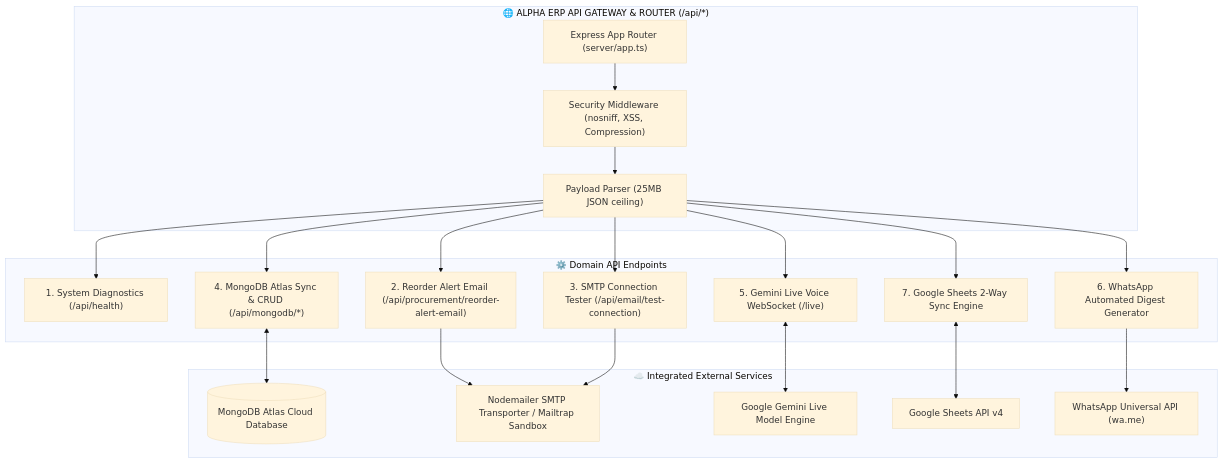
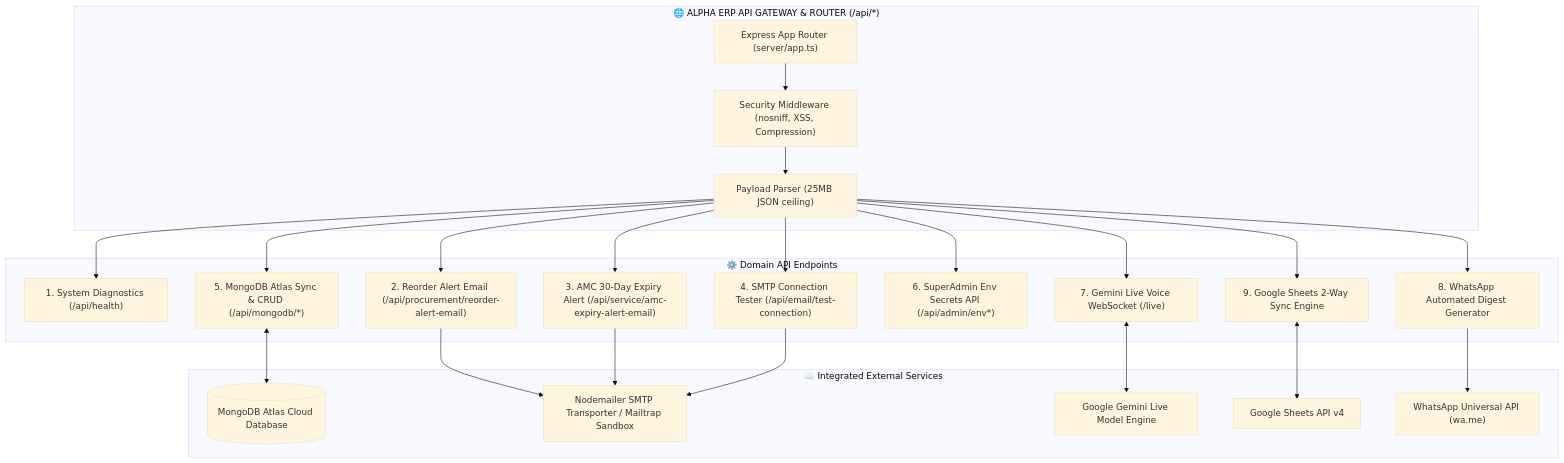
The diagram in API_INTEGRATION_GUIDE.md (shivenkg/AlphaERP-V1), drawn with Mermaid (base theme) before and after one commit. The commit also changed other lines of this file and 11 other files, not shown here.

````diff
--- a/API_INTEGRATION_GUIDE.md
+++ b/API_INTEGRATION_GUIDE.md
@@ -15,42 +15,47 @@
 ```mermaid
 flowchart TB
     subgraph API_Gateway["🌐 ALPHA ERP API GATEWAY & ROUTER (/api/*)"]
         Router["Express App Router (server/app.ts)"]
         SecurityMW["Security Middleware (nosniff, XSS, Compression)"]
         BodyParser["Payload Parser (25MB JSON ceiling)"]
         Router --> SecurityMW --> BodyParser
     end
 
     subgraph ServiceRoutes["⚙️ Domain API Endpoints"]
         Health["1. System Diagnostics (/api/health)"]
         EmailAlert["2. Reorder Alert Email (/api/procurement/reorder-alert-email)"]
-        EmailTest["3. SMTP Connection Tester (/api/email/test-connection)"]
-        MongoSync["4. MongoDB Atlas Sync & CRUD (/api/mongodb/*)"]
-        GeminiVoice["5. Gemini Live Voice WebSocket (/live)"]
-        WhatsApp["6. WhatsApp Automated Digest Generator"]
-        GoogleSheets["7. Google Sheets 2-Way Sync Engine"]
+        AMCEmailAlert["3. AMC 30-Day Expiry Alert (/api/service/amc-expiry-alert-email)"]
+        EmailTest["4. SMTP Connection Tester (/api/email/test-connection)"]
+        MongoSync["5. MongoDB Atlas Sync & CRUD (/api/mongodb/*)"]
+        AdminEnv["6. SuperAdmin Env Secrets API (/api/admin/env*)"]
+        GeminiVoice["7. Gemini Live Voice WebSocket (/live)"]
+        WhatsApp["8. WhatsApp Automated Digest Generator"]
+        GoogleSheets["9. Google Sheets 2-Way Sync Engine"]
     end
 
     subgraph ExternalServices["☁️ Integrated External Services"]
         MongoDBAtlas[("MongoDB Atlas Cloud Database")]
         SMTPTransporter["Nodemailer SMTP Transporter / Mailtrap Sandbox"]
         GeminiPlatform["Google Gemini Live Model Engine"]
         GoogleDrive["Google Sheets API v4"]
         WhatsAppClient["WhatsApp Universal API (wa.me)"]
     end
 
     BodyParser --> Health
     BodyParser --> EmailAlert
+    BodyParser --> AMCEmailAlert
     BodyParser --> EmailTest
     BodyParser --> MongoSync
+    BodyParser --> AdminEnv
     BodyParser --> GeminiVoice
     BodyParser --> WhatsApp
     BodyParser --> GoogleSheets
 
     MongoSync <--> MongoDBAtlas
     EmailAlert --> SMTPTransporter
+    AMCEmailAlert --> SMTPTransporter
     EmailTest --> SMTPTransporter
     GeminiVoice <--> GeminiPlatform
     GoogleSheets <--> GoogleDrive
     WhatsApp --> WhatsAppClient
 ```
````
